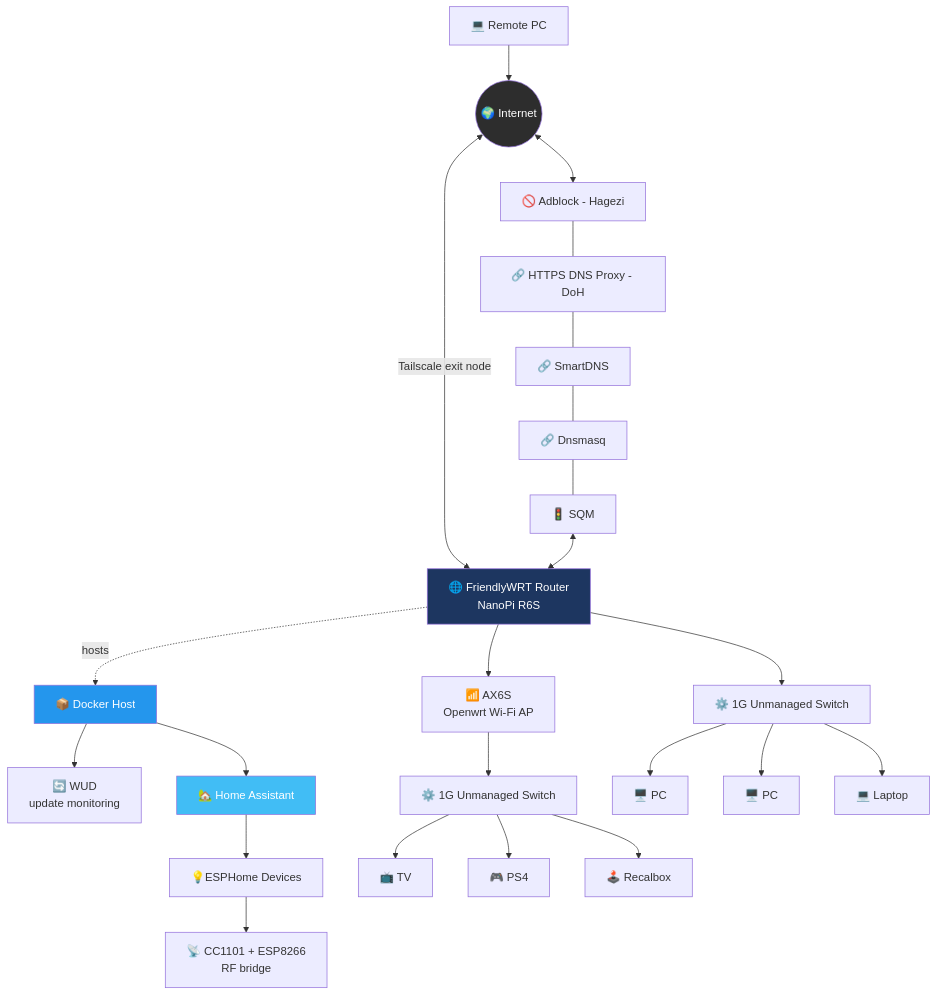
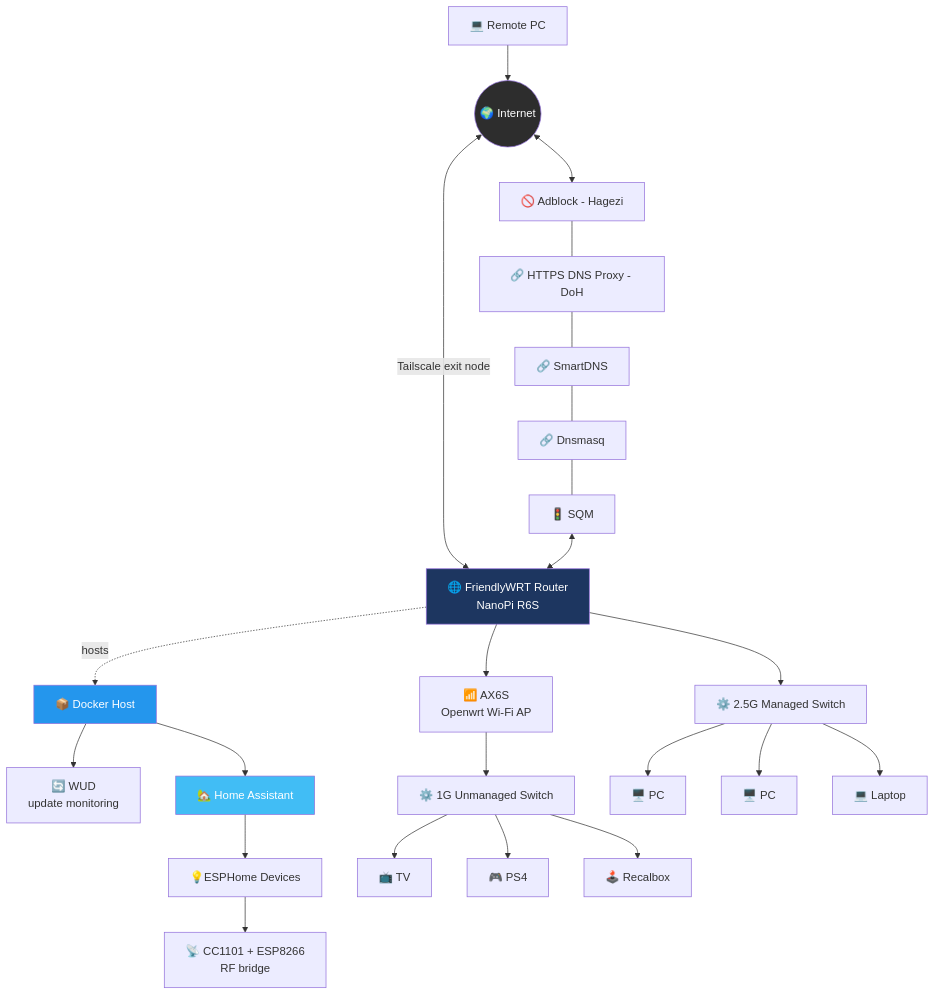
Before and after one commit to anilgunduzz/myhomelab: the diagram in README.md, drawn with Mermaid.

Commit message:
Update switch type from 1G to 2.5G managed

````diff
--- a/README.md
+++ b/README.md
@@ -44,35 +44,35 @@
 ```mermaid
 flowchart TD
     NET(("🌍 Internet"))
     REMOTE["💻 Remote PC"] --> NET
     NET <-->|Tailscale exit node| R6S
 
     NET <--> ADB["🚫 Adblock - Hagezi"]
     ADB --- DOH["🔗 HTTPS DNS Proxy - DoH"]
     DOH --- SDNS["🔗 SmartDNS"]
     SDNS --- DNSM["🔗 Dnsmasq"]
     DNSM --- SQM["🚦 SQM"]
     SQM <--> R6S["🌐 FriendlyWRT Router<br/>NanoPi R6S"]
 
     R6S -.->|hosts| DOCKER["📦 Docker Host"]
     DOCKER --> WUD["🔄️ WUD<br/>update monitoring"]
     DOCKER --> HA["🏡 Home Assistant"]
     HA --> ESP["💡ESPHome Devices"]
     ESP --> RF["📡 CC1101 + ESP8266<br/>RF bridge"]
 
     R6S --> AX6S["📶 AX6S<br/>Openwrt Wi-Fi AP"]
     AX6S --> SW1["⚙️ 1G Unmanaged Switch"]
     SW1 --> TV["📺 TV"]
     SW1 --> PS4["🎮 PS4"]
     SW1 --> RECAL["🕹️ Recalbox"]
 
-    R6S --> SW2["⚙️ 1G Unmanaged Switch"]
+    R6S --> SW2["⚙️ 2.5G Managed Switch"]
     SW2 --> PC1["🖥️ PC"]
     SW2 --> PC2["🖥️ PC"]
     SW2 --> LAP["💻 Laptop"]
 
     style R6S fill:#1D3660,color:#fff
     style DOCKER fill:#2496ED,color:#fff
     style HA fill:#41BDF5,color:#fff
     style NET fill:#2d2d2d,color:#fff
 ```
````
